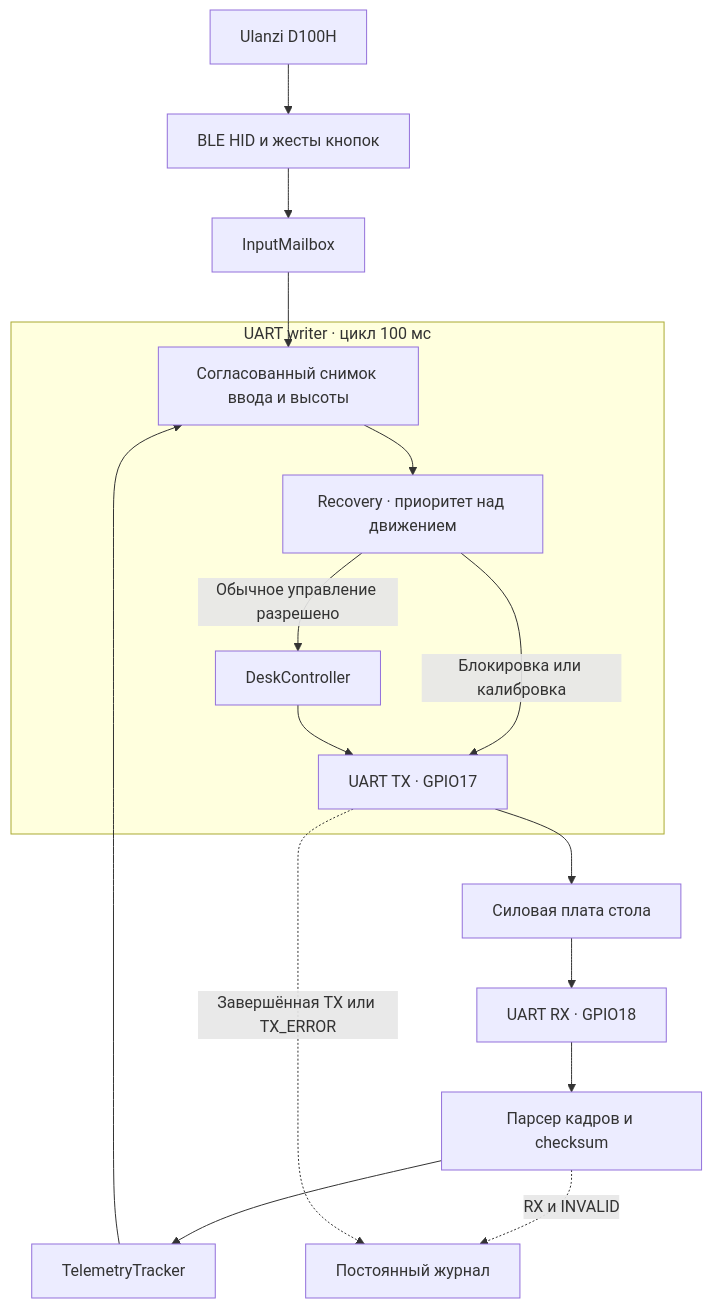
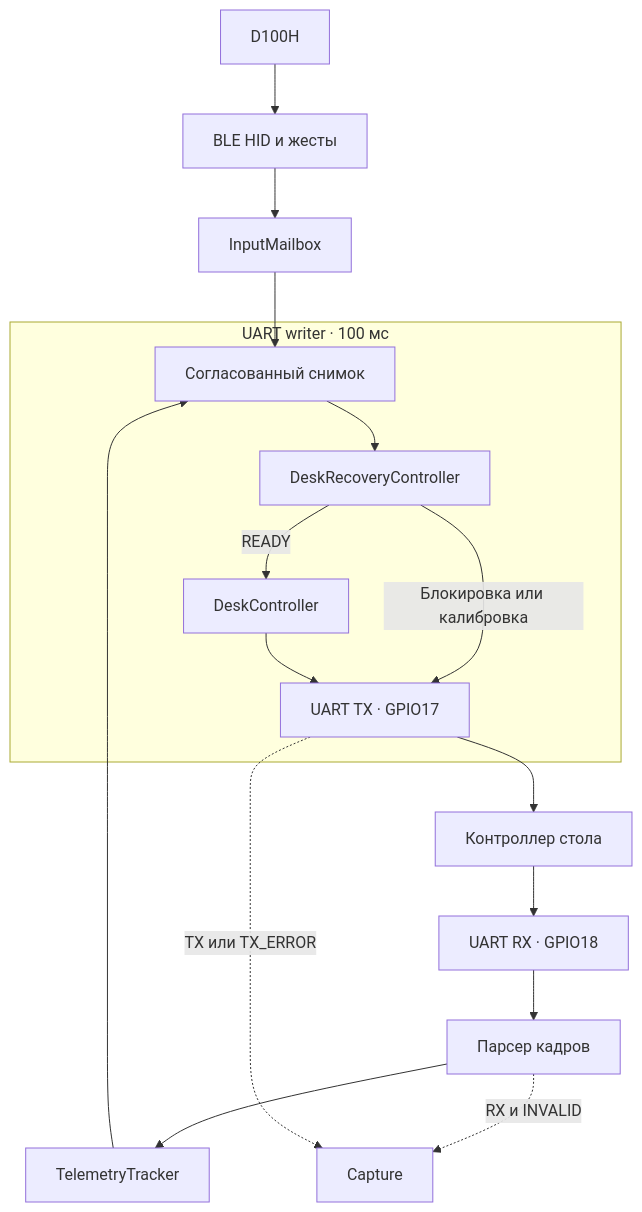
Before and after one commit to tri6odin/smart_desk: the first of 4 diagrams in docs/architecture.md, drawn with Mermaid. The commit also changed other lines of this file and 20 other files, not shown here.

````diff
--- a/docs/architecture.md
+++ b/docs/architecture.md
@@ -3,19 +9,19 @@
 ```mermaid
 flowchart TD
-    Remote["Ulanzi D100H"] --> BLE["BLE HID и жесты кнопок"]
+    Remote["D100H"] --> BLE["BLE HID и жесты"]
     BLE --> Input["InputMailbox"]
-    Desk["Силовая плата стола"] --> RX["UART RX · GPIO18"]
-    RX --> Parser["Парсер кадров и checksum"]
+    Desk["Контроллер стола"] --> RX["UART RX · GPIO18"]
+    RX --> Parser["Парсер кадров"]
     Parser --> Telemetry["TelemetryTracker"]
-    Input --> Snapshot["Согласованный снимок ввода и высоты"]
+    Input --> Snapshot["Согласованный снимок"]
     Telemetry --> Snapshot
-    subgraph Writer["UART writer · цикл 100 мс"]
-        Snapshot --> Recovery["Recovery · приоритет над движением"]
-        Recovery -->|"Обычное управление разрешено"| Motion["DeskController"]
+    subgraph Writer["UART writer · 100 мс"]
+        Snapshot --> Recovery["DeskRecoveryController"]
+        Recovery -->|"READY"| Motion["DeskController"]
         Recovery -->|"Блокировка или калибровка"| TX["UART TX · GPIO17"]
         Motion --> TX
     end
     TX --> Desk
-    Parser -.->|"RX и INVALID"| Journal["Постоянный журнал"]
-    TX -.->|"Завершённая TX или TX_ERROR"| Journal
+    Parser -.->|"RX и INVALID"| Journal["Capture"]
+    TX -.->|"TX или TX_ERROR"| Journal
 ```
````
